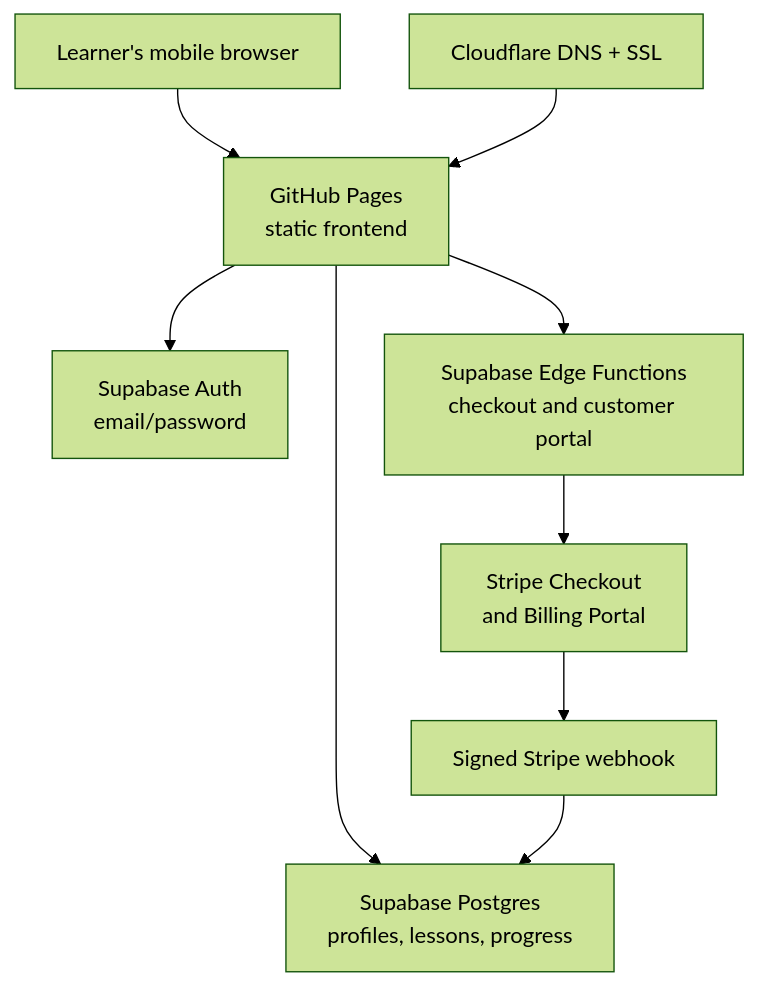
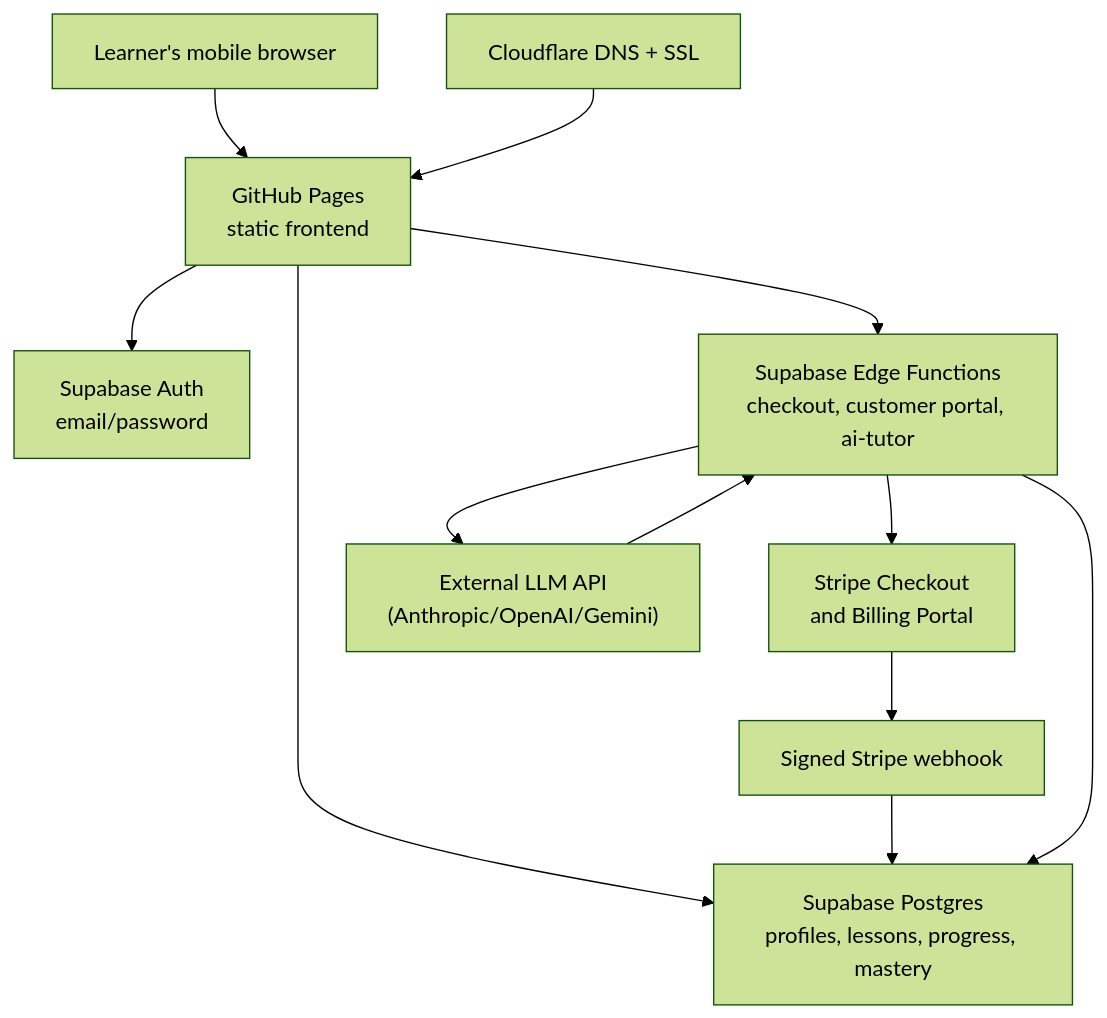
The diagram in ARCHITECTURE.md (JOBUDO/computador-facil-gitHub-pages-package), drawn with Mermaid (forest theme) before and after one commit. The commit also changed other lines of this file and 13 other files, not shown here.

````diff
--- a/ARCHITECTURE.md
+++ b/ARCHITECTURE.md
@@ -5,11 +5,14 @@
 ```mermaid
 flowchart TD
   Learner["Learner's mobile browser"] --> Pages["GitHub Pages\nstatic frontend"]
   Pages --> Auth["Supabase Auth\nemail/password"]
-  Pages --> Data["Supabase Postgres\nprofiles, lessons, progress"]
-  Pages --> Functions["Supabase Edge Functions\ncheckout and customer portal"]
+  Pages --> Data["Supabase Postgres\nprofiles, lessons, progress, mastery"]
+  Pages --> Functions["Supabase Edge Functions\ncheckout, customer portal, ai-tutor"]
   Functions --> Stripe["Stripe Checkout\nand Billing Portal"]
+  Functions --> LLM["External LLM API\n(Anthropic/OpenAI/Gemini)"]
   Stripe --> Webhook["Signed Stripe webhook"]
   Webhook --> Data
+  LLM --> Functions
+  Functions --> Data
   Cloudflare["Cloudflare DNS + SSL"] --> Pages
 ```
````
